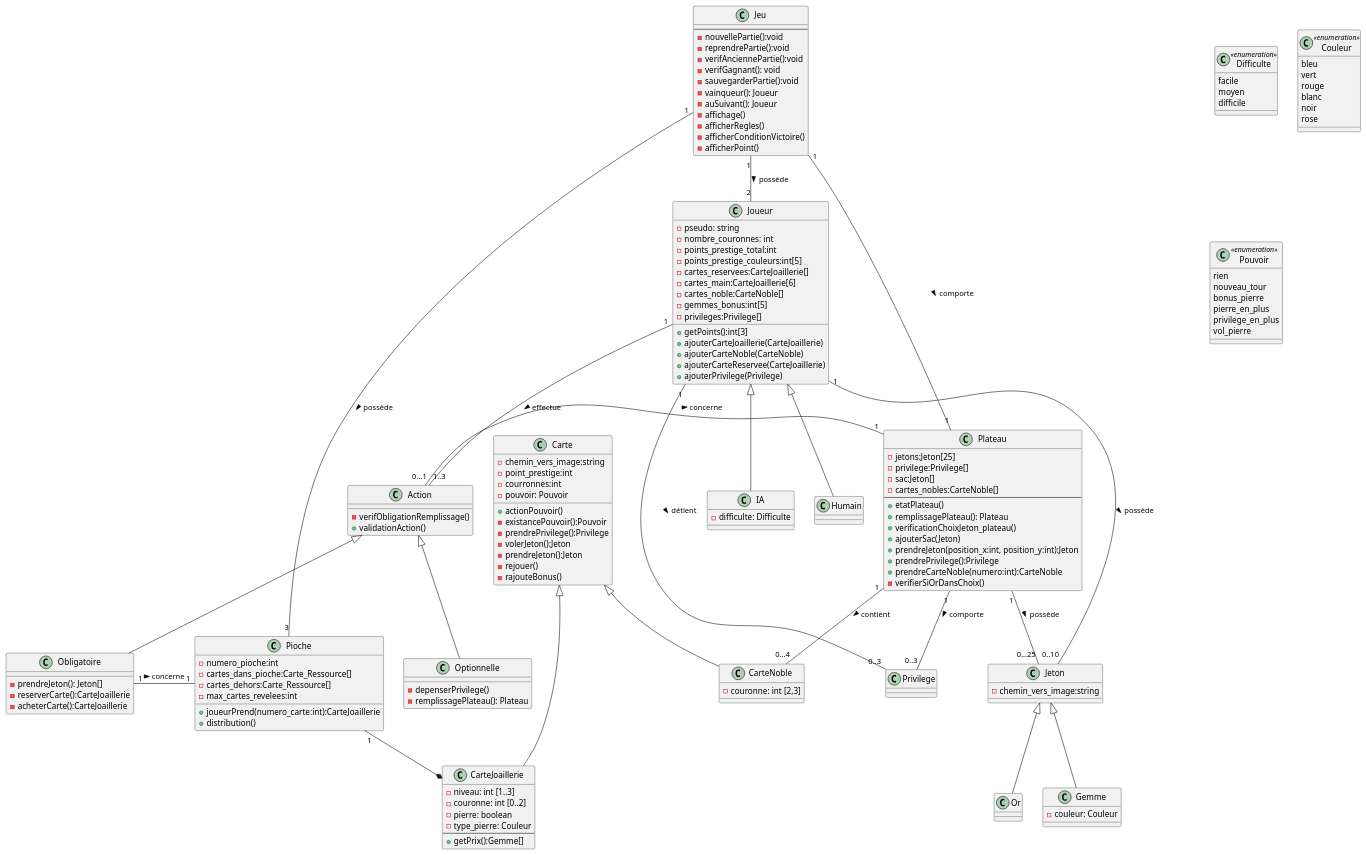
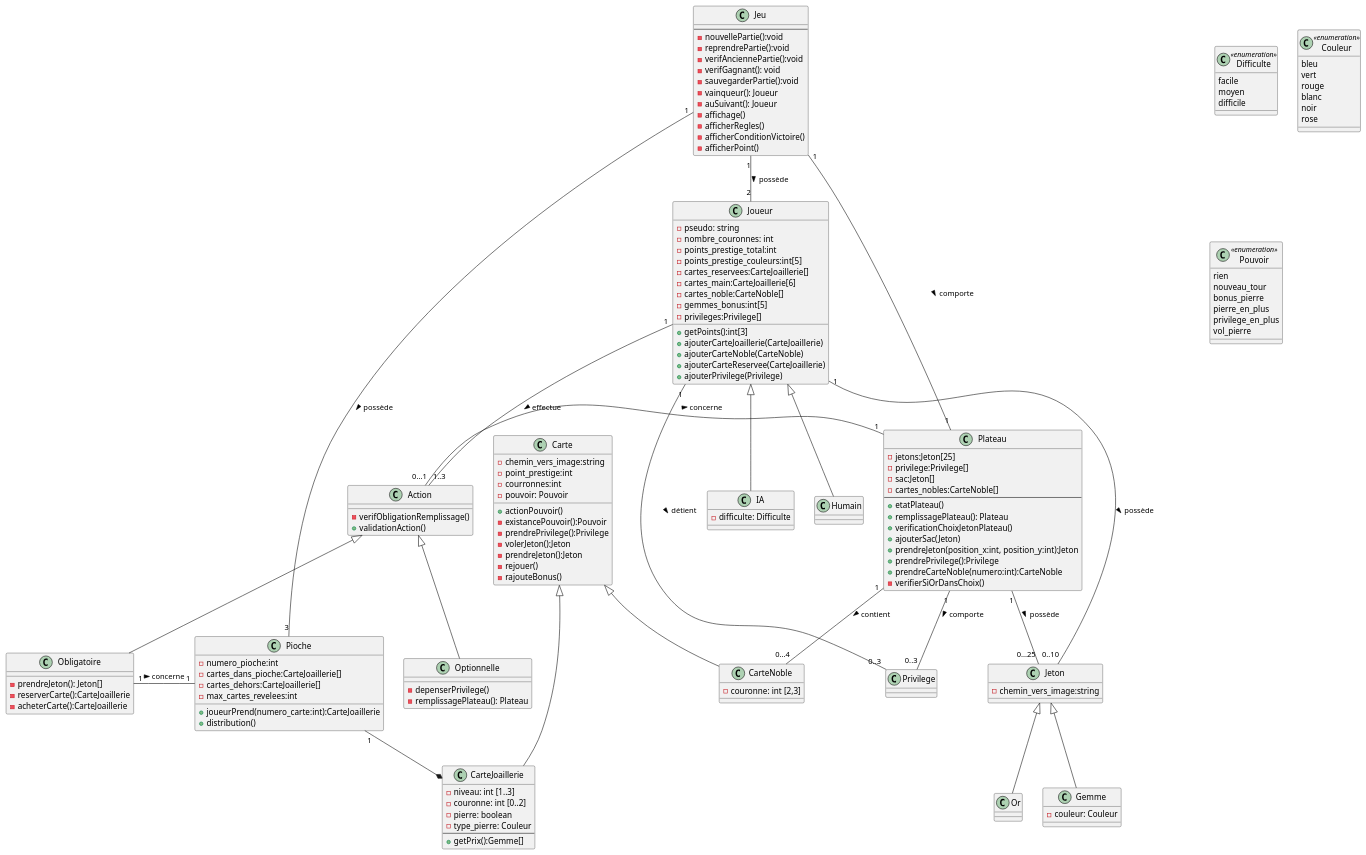
One commit to LaylaLunae/Splendor-duel changed the diagram in SplendorUML.puml. Above: the diagram before and after it, drawn with PlantUML.

```diff
--- a/SplendorUML.puml
+++ b/SplendorUML.puml
@@ -1,184 +1,184 @@
 @startuml
 
 class Jeu {
 --
 - nouvellePartie():void
 - reprendrePartie():void
 - verifAnciennePartie():void
 - verifGagnant(): void
 - sauvegarderPartie():void
 - vainqueur(): Joueur
 - auSuivant(): Joueur
 - affichage()
 - afficherRegles()
 - afficherConditionVictoire()
 - afficherPoint()
 }
 
 
 class Plateau {
 - jetons:Jeton[25]
 - privilege:Privilege[]
 - sac:Jeton[]
 - cartes_nobles:CarteNoble[]
 --
 + etatPlateau()
 + remplissagePlateau(): Plateau
-+ verificationChoixJeton_plateau()
++ verificationChoixJetonPlateau()
 + ajouterSac(Jeton)
 + prendreJeton(position_x:int, position_y:int):Jeton
 + prendrePrivilege():Privilege
 + prendreCarteNoble(numero:int):CarteNoble
 - verifierSiOrDansChoix()
 }
 
 
 
 class Joueur {
 - pseudo: string
 - nombre_couronnes: int
 - points_prestige_total:int
 - points_prestige_couleurs:int[5]
 - cartes_reservees:CarteJoaillerie[]
 - cartes_main:CarteJoaillerie[6]
 - cartes_noble:CarteNoble[]
 - gemmes_bonus:int[5]
 - privileges:Privilege[]
 + getPoints():int[3]
 + ajouterCarteJoaillerie(CarteJoaillerie)
 + ajouterCarteNoble(CarteNoble)
 + ajouterCarteReservee(CarteJoaillerie)
 + ajouterPrivilege(Privilege)
 }
 
 class IA {
 - difficulte: Difficulte
 }
 
 class Difficulte <<enumeration>> {
  facile
  moyen
  difficile
 }
 
 class Jeton {
 - chemin_vers_image:string
 }
 class Privilege {
 }
 class Or {
 }
 class Gemme {
 -couleur: Couleur
 }
 class Couleur <<enumeration>> {
  bleu
  vert
  rouge
  blanc
  noir
  rose
 }
 
 
 class Pioche{
 - numero_pioche:int
-- cartes_dans_pioche:Carte_Ressource[]
-- cartes_dehors:Carte_Ressource[]
+- cartes_dans_pioche:CarteJoaillerie[]
+- cartes_dehors:CarteJoaillerie[]
 - max_cartes_revelees:int
 + joueurPrend(numero_carte:int):CarteJoaillerie
 + distribution()
 }
 class Carte {
 - chemin_vers_image:string
 - point_prestige:int
 - courronnes:int
 - pouvoir: Pouvoir
 + actionPouvoir()
 - existancePouvoir():Pouvoir
 - prendrePrivilege():Privilege
 - volerJeton():Jeton
 - prendreJeton():Jeton
 - rejouer()
 - rajouteBonus()
 }
 
 class CarteNoble {
 -couronne: int [2,3]
 }
 
 class CarteJoaillerie {
 -niveau: int [1..3]
 -couronne: int [0..2]
 -pierre: boolean
 -type_pierre: Couleur
 --
 + getPrix():Gemme[]
 }
 
 
 class Pouvoir <<enumeration>> {
  rien
  nouveau_tour
  bonus_pierre
  pierre_en_plus
  privilege_en_plus
  vol_pierre
 }
 
 
 
 class Action {
 - verifObligationRemplissage()
 + validationAction()
 }
 
 class Optionnelle {
 - depenserPrivilege()
 - remplissagePlateau(): Plateau
 }
 
 class Obligatoire {
 - prendreJeton(): Jeton[]
 - reserverCarte():CarteJoaillerie
 - acheterCarte():CarteJoaillerie
 }
 
 
 
 
 Joueur <|-- IA
 Joueur <|-- Humain
 
 Jeu "1" -- "1" Plateau: comporte >
 Jeu "1" -- "2" Joueur: possède >
 Jeu "1" -- "3" Pioche: possède >
 
 
 Plateau "1" -- "0...25" Jeton: possède >
 Plateau "1"--"0..3" Privilege: comporte >
 Plateau "1"--"0...4" CarteNoble: contient >
 'Plateau "1"-"3" Pioche
 
 Pioche "1"--* CarteJoaillerie
 
 Jeton <|-- Or
 Jeton <|-- Gemme
 
 Joueur "1" -- "0..3" Privilege: détient >
 Joueur "1" -- "0..10" Jeton: possède >
 Joueur "1"-- "1..3" Action: effectue >
 
 Carte <|-- CarteNoble
 Carte <|-- CarteJoaillerie
 '(CarteJoaillerie, Pierre) .. AchatCarte
 
 
 Action <|-- Optionnelle
 Action <|-- Obligatoire
 Action "0...1"-"1" Plateau : concerne >
 Obligatoire "1"-"1" Pioche : concerne >
 
 
 
 @enduml
```
